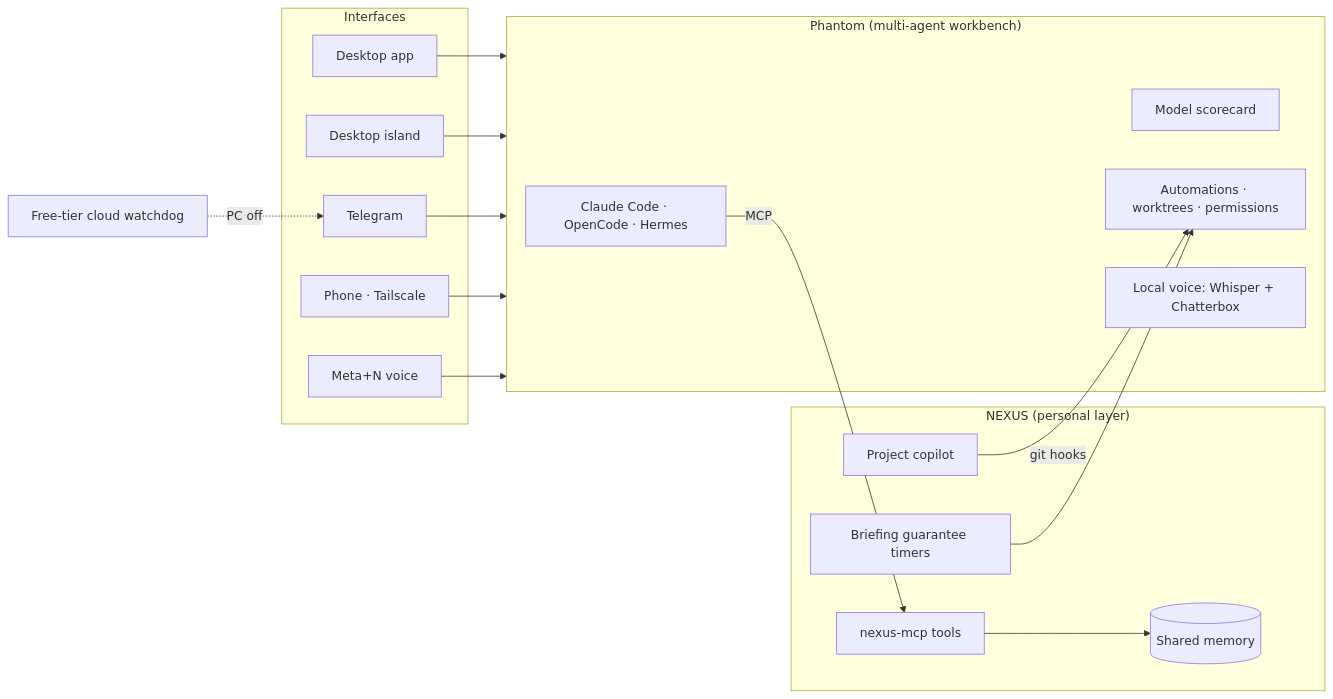
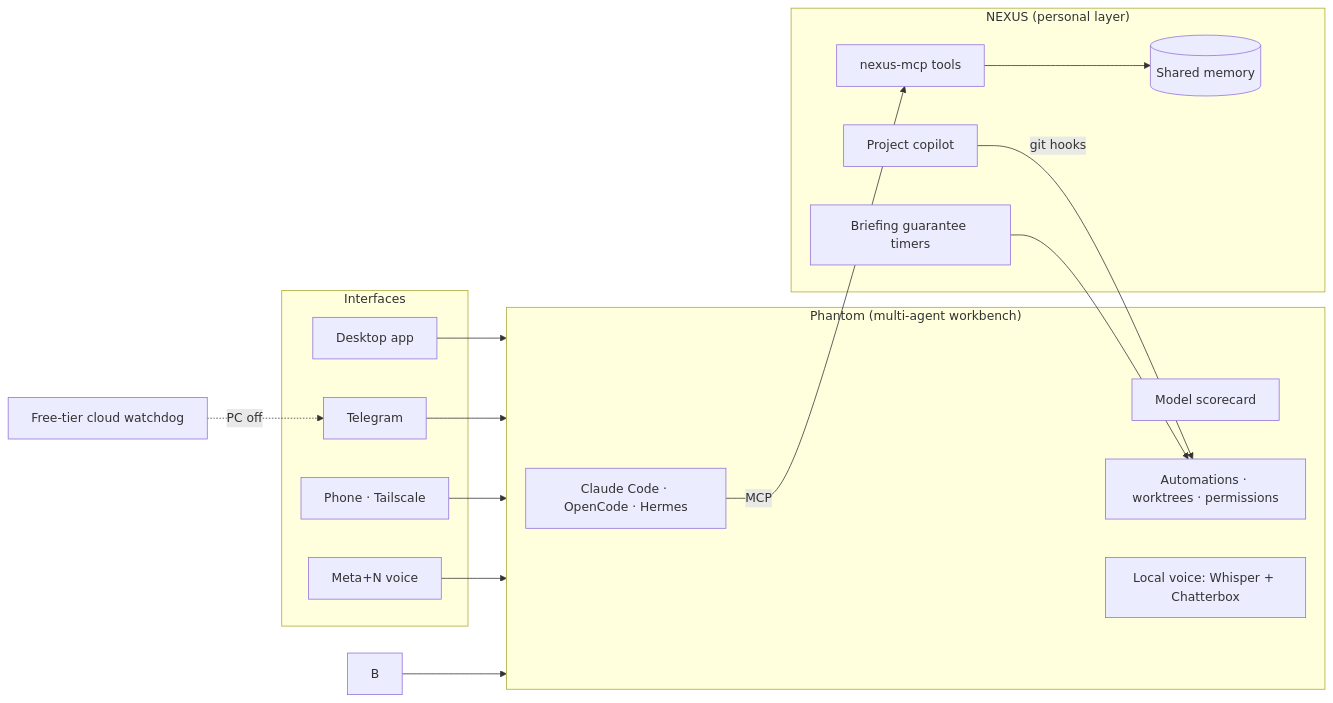
The diagram in README.md (Julian-Rincon/NEXUS-Public), drawn with Mermaid before and after one commit. The commit also changed other lines of this file and 3 other files, not shown here.

````diff
--- a/README.md
+++ b/README.md
@@ -80,29 +92,28 @@
 ```mermaid
 flowchart LR
     subgraph Interfaces
         A[Desktop app]
-        B[Desktop island]
         C[Telegram]
         D[Phone · Tailscale]
         E[Meta+N voice]
     end
     subgraph Phantom["Phantom (multi-agent workbench)"]
         F[Claude Code · OpenCode · Hermes]
         G[Model scorecard]
         H[Automations · worktrees · permissions]
         I[Local voice: Whisper + Chatterbox]
     end
     subgraph NEXUS["NEXUS (personal layer)"]
         J[nexus-mcp tools]
         K[(Shared memory)]
         L[Project copilot]
         M[Briefing guarantee timers]
     end
     N[Free-tier cloud watchdog]
     A & B & C & D & E --> Phantom
     F -- MCP --> J
     J --> K
     L -- git hooks --> H
     M --> H
     N -. PC off .-> C
 ```
````
